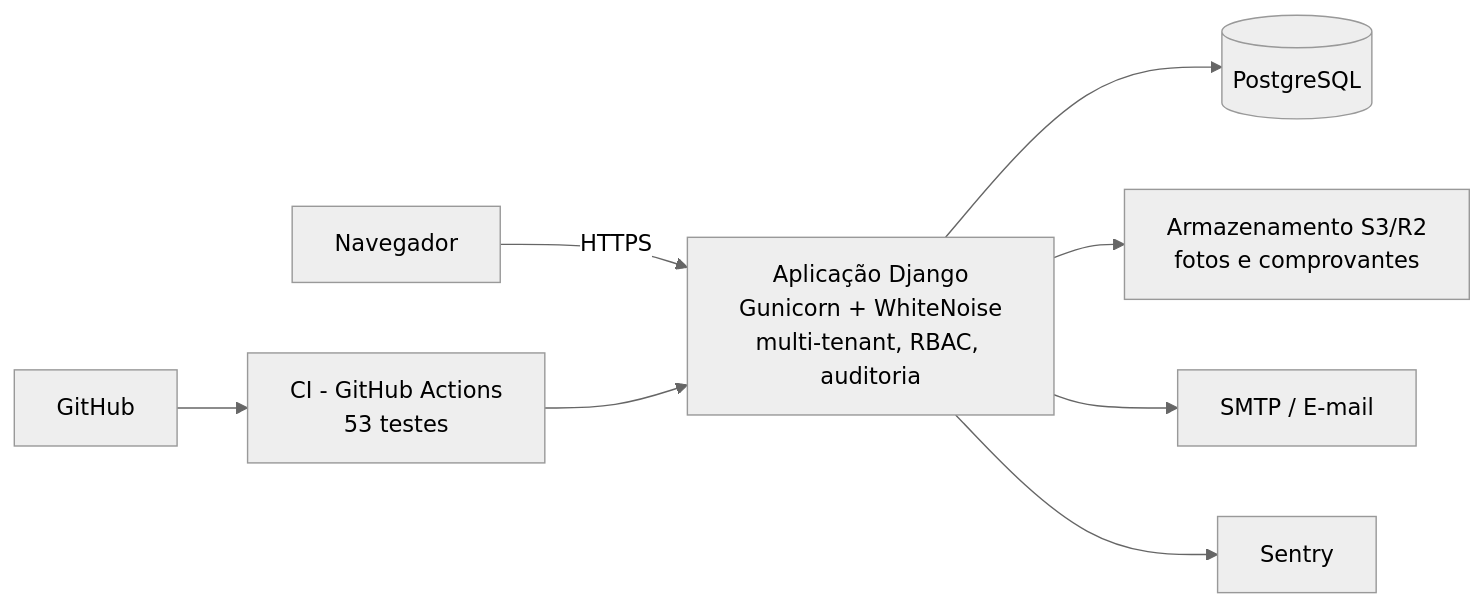
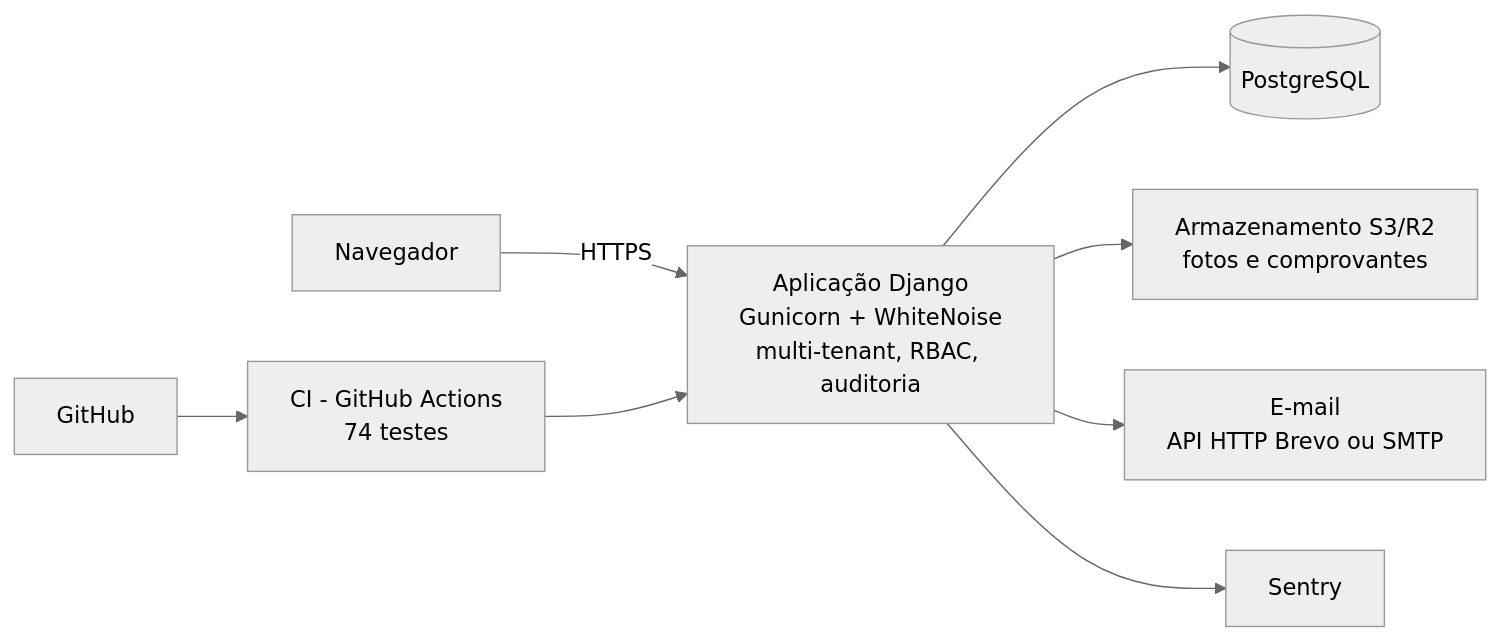
One commit to willCastilho/Frotas changed the second of 3 diagrams in docs/DOCUMENTACAO.md. Above: the diagram before and after it, drawn with Mermaid (neutral theme). The commit also changed other lines of this file, not shown here.

First line of the commit message:
Docs: atualiza documentacao (motoristas, recorrencia, depreciacao, PDF, e-mail)

````diff
--- a/docs/DOCUMENTACAO.md
+++ b/docs/DOCUMENTACAO.md
@@ -61,9 +67,9 @@
 ```mermaid
 flowchart LR
     NAV[Navegador] -- HTTPS --> APP[Aplicação Django<br/>Gunicorn + WhiteNoise<br/>multi-tenant, RBAC, auditoria]
     APP --> DB[(PostgreSQL)]
     APP --> S3[Armazenamento S3/R2<br/>fotos e comprovantes]
-    APP --> MAIL[SMTP / E-mail]
+    APP --> MAIL[E-mail<br/>API HTTP Brevo ou SMTP]
     APP --> SEN[Sentry]
-    GH[GitHub] --> CI[CI - GitHub Actions<br/>53 testes] --> APP
+    GH[GitHub] --> CI[CI - GitHub Actions<br/>74 testes] --> APP
 ```
````
